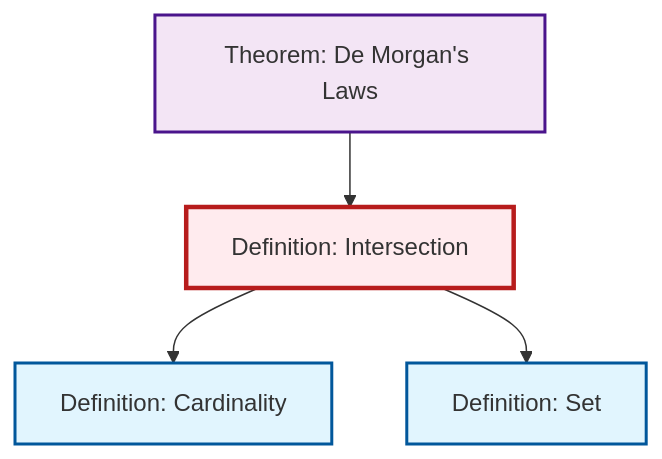
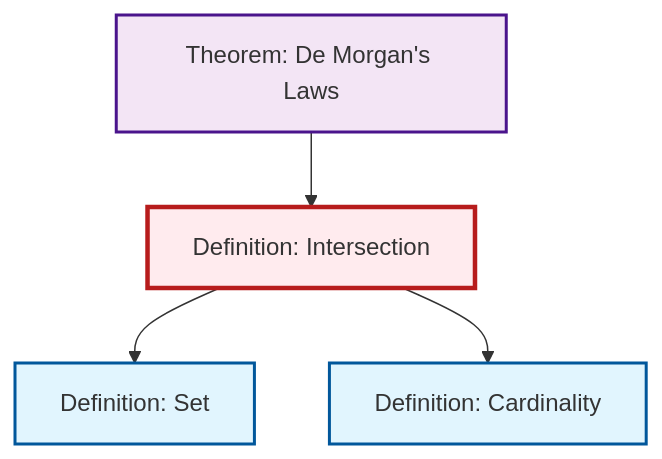
One commit to RK0429/ModernMath changed the diagram in content/en/logic-set-theory/def-intersection.qmd. Above: the diagram before and after it, drawn with Mermaid. The commit also changed other lines of this file and 619 other files, not shown here.

````diff
--- a/content/en/logic-set-theory/def-intersection.qmd
+++ b/content/en/logic-set-theory/def-intersection.qmd
@@ -62,20 +62,20 @@
 ```{mermaid}
 %%| fig-cap: "Local dependency graph"
 graph TD
     classDef definition fill:#e1f5fe,stroke:#01579b,stroke-width:2px
     classDef theorem fill:#f3e5f5,stroke:#4a148c,stroke-width:2px
     classDef axiom fill:#fff3e0,stroke:#e65100,stroke-width:2px
     classDef example fill:#e8f5e9,stroke:#1b5e20,stroke-width:2px
     classDef current fill:#ffebee,stroke:#b71c1c,stroke-width:3px
+    def-intersection["Definition: Intersection"]:::definition
+    thm-de-morgan["Theorem: De Morgan's Laws"]:::theorem
     def-cardinality["Definition: Cardinality"]:::definition
     def-set["Definition: Set"]:::definition
-    thm-de-morgan["Theorem: De Morgan's Laws"]:::theorem
-    def-intersection["Definition: Intersection"]:::definition
     thm-de-morgan --> def-intersection
+    def-intersection --> def-set
     def-intersection --> def-cardinality
-    def-intersection --> def-set
     class def-intersection current
+    click thm-de-morgan "thm-de-morgan.html" "Go to De Morgan's Laws theorem"
     click def-cardinality "def-cardinality.html" "Go to Cardinality definition"
     click def-set "def-set.html" "Go to Set definition"
-    click thm-de-morgan "thm-de-morgan.html" "Go to De Morgan's Laws theorem"
 ```
````
